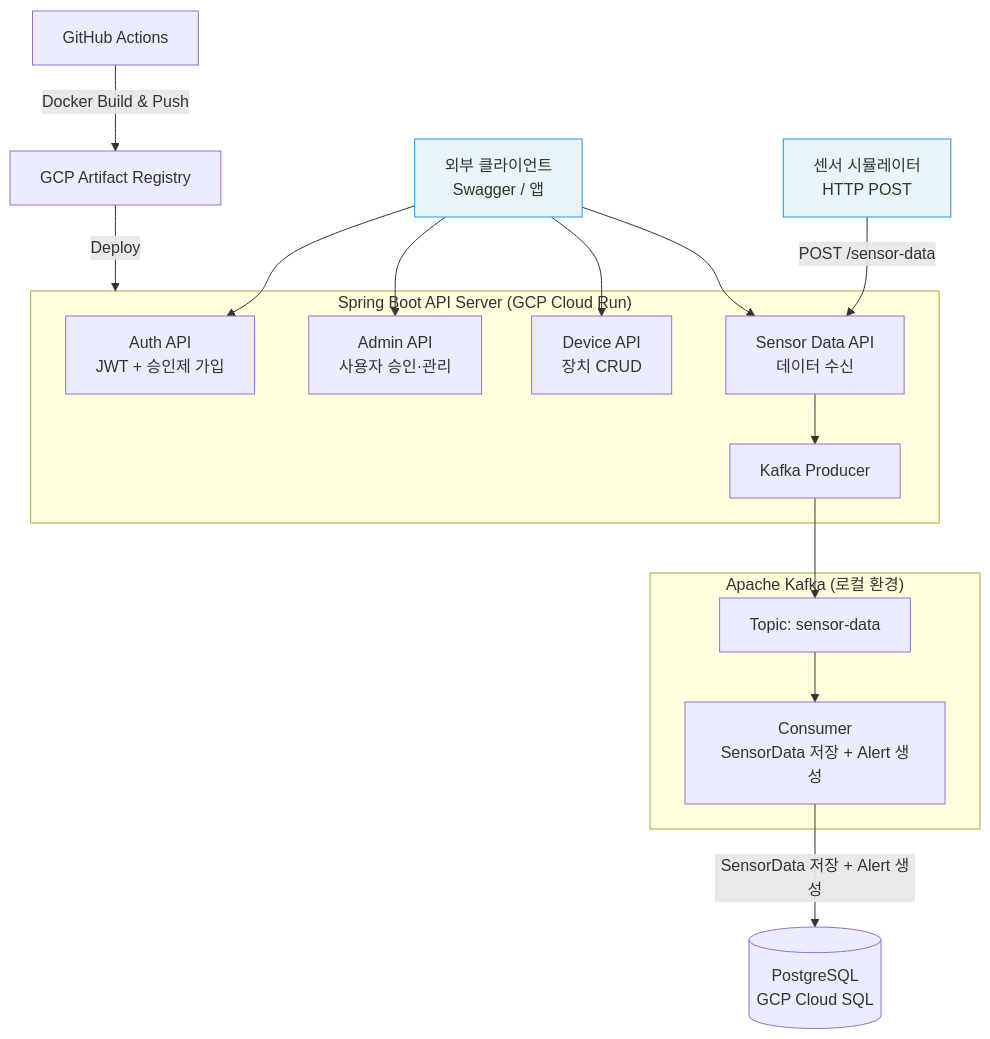
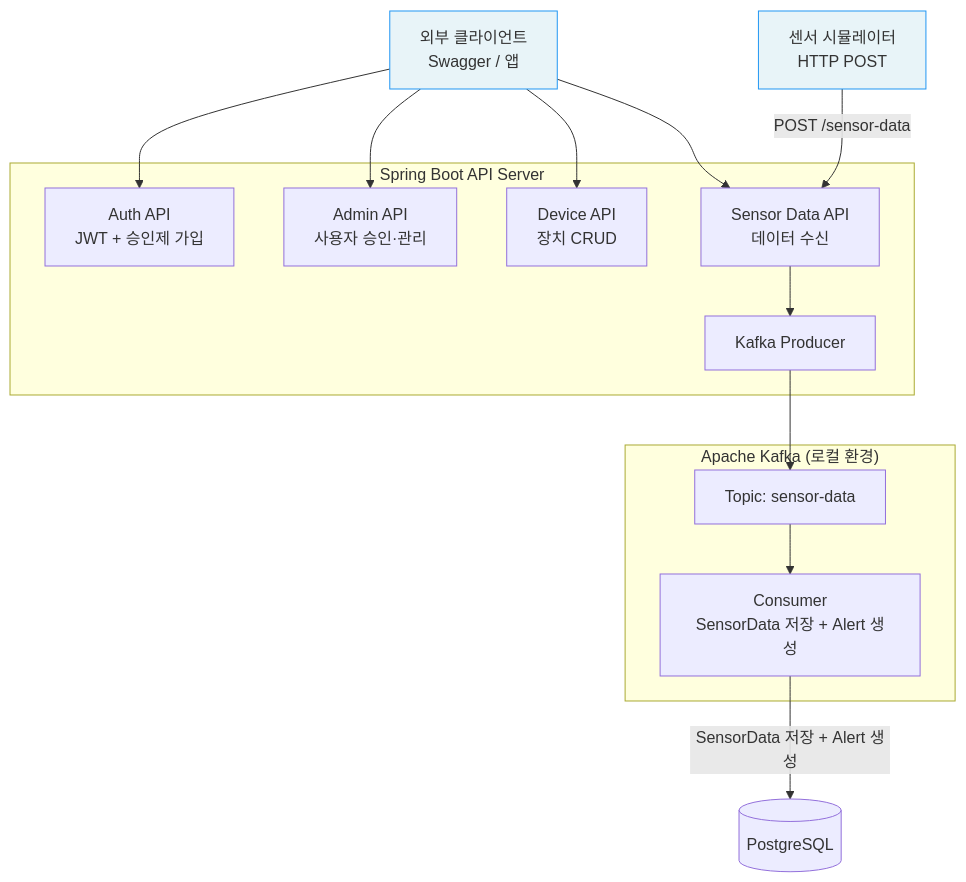
Before and after one commit to YEONJI-P/iot-sensor-platform: the first of 2 diagrams in README.md, drawn with Mermaid. The commit also changed other lines of this file and 4 other files, not shown here.

````diff
--- a/README.md
+++ b/README.md
@@ -83,37 +70,31 @@
 ```mermaid
 graph TD
     SIM[센서 시뮬레이터\nHTTP POST]:::client
     CLI[외부 클라이언트\nSwagger / 앱]:::client
 
-    subgraph API["Spring Boot API Server (GCP Cloud Run)"]
+    subgraph API["Spring Boot API Server"]
         AUTH[Auth API\nJWT + 승인제 가입]
         ADMIN[Admin API\n사용자 승인·관리]
         DEVICE[Device API\n장치 CRUD]
         SENSOR[Sensor Data API\n데이터 수신]
         PRODUCER[Kafka Producer]
     end
 
     subgraph KAFKA["Apache Kafka (로컬 환경)"]
         TOPIC[Topic: sensor-data]
         CA[Consumer\nSensorData 저장 + Alert 생성]
     end
 
-    DB[(PostgreSQL\nGCP Cloud SQL)]
-
-    GHA[GitHub Actions]
-    AR[GCP Artifact Registry]
+    DB[(PostgreSQL)]
 
     SIM -->|POST /sensor-data| SENSOR
     CLI --> AUTH
     CLI --> ADMIN
     CLI --> DEVICE
     CLI --> SENSOR
     SENSOR --> PRODUCER
     PRODUCER --> TOPIC
     TOPIC --> CA -->|SensorData 저장 + Alert 생성| DB
 
-    GHA -->|Docker Build & Push| AR
-    AR -->|Deploy| API
-
     classDef client fill:#e8f4f8,stroke:#2196F3
 ```
````
